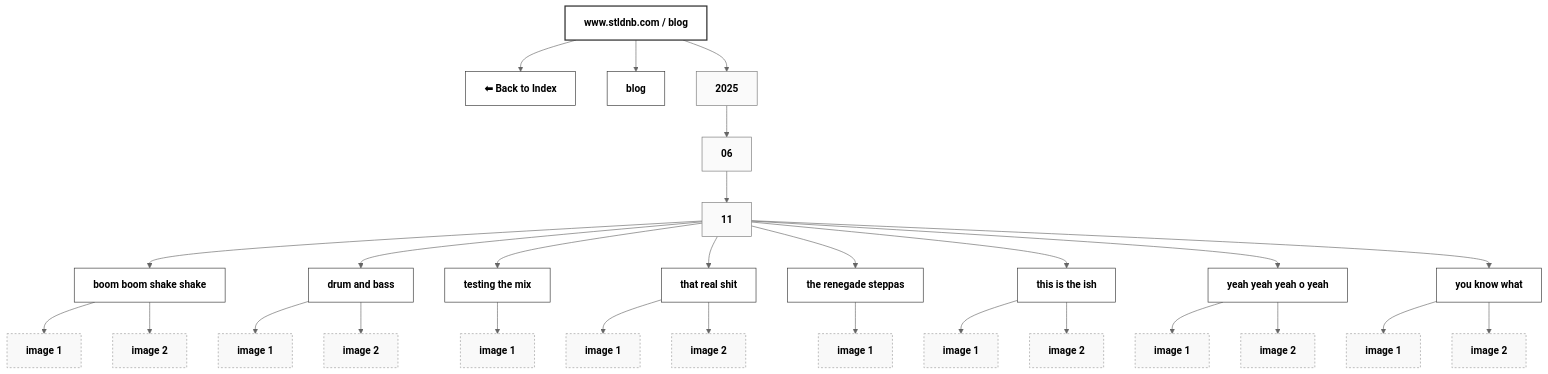
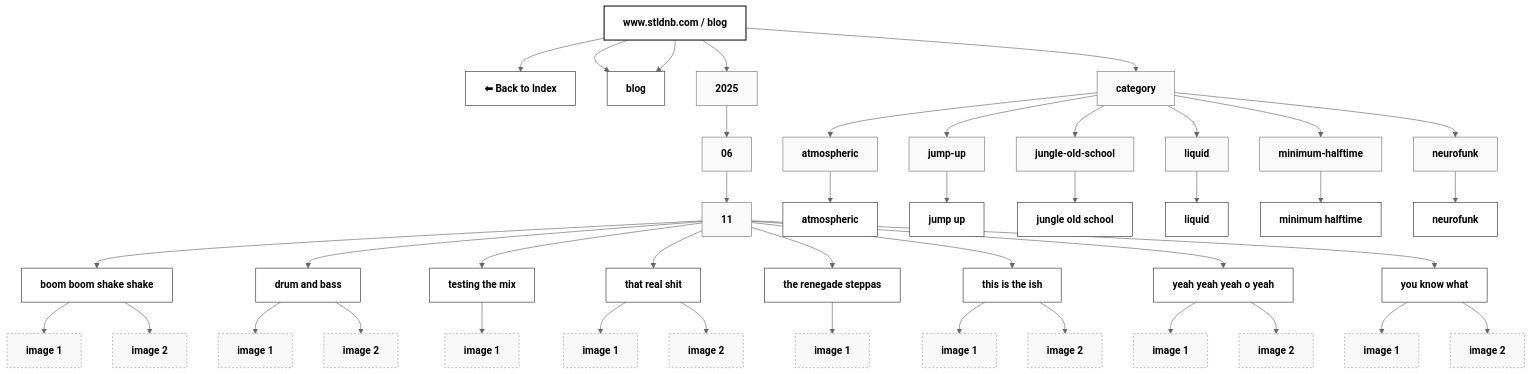
One commit to familiarcat/stldnb changed the diagram in dist/sitemap/sections/blog.mmd. Above: the diagram before and after it, drawn with Mermaid (neutral theme). The commit also changed 15 other files, not shown here.

Commit message:
updated mermaid and thought map system

```diff
--- a/dist/sitemap/sections/blog.mmd
+++ b/dist/sitemap/sections/blog.mmd
@@ -1,87 +1,122 @@
 %%{init: {"securityLevel":"loose"}}%%
 flowchart TD
   section_root["www.stldnb.com / blog"]:::root
   up_index["⬅ Back to Index"]:::nav
   section_root --> up_index
   click up_index "../index.html"
+  n_www_stldnb_com_blog_818d222f["blog"]:::page
+  section_root --> n_www_stldnb_com_blog_818d222f
+  click n_www_stldnb_com_blog_818d222f "https://www.stldnb.com/blog/"
   n_www_stldnb_com_blog_818d222f["blog"]:::page
   section_root --> n_www_stldnb_com_blog_818d222f
   click n_www_stldnb_com_blog_818d222f "https://www.stldnb.com/blog/"
   n_path_blog_2025_3d54a123["2025"]:::subsection
   section_root --> n_path_blog_2025_3d54a123
   n_path_blog_2025_06_2b069d3e["06"]:::subsection
   n_path_blog_2025_3d54a123 --> n_path_blog_2025_06_2b069d3e
   n_path_blog_2025_06_11_417d1645["11"]:::subsection
   n_path_blog_2025_06_2b069d3e --> n_path_blog_2025_06_11_417d1645
   n_www_stldnb_com_blog_2025_06_11_boom_boom_shake_shake_96e13589["boom boom shake shake"]:::page
   n_path_blog_2025_06_11_417d1645 --> n_www_stldnb_com_blog_2025_06_11_boom_boom_shake_shake_96e13589
   click n_www_stldnb_com_blog_2025_06_11_boom_boom_shake_shake_96e13589 "https://www.stldnb.com/blog/2025/06/11/boom-boom-shake-shake/"
   n_www_stldnb_com_blog_2025_06_11_boom_boom_shake_shake_96e13589_img_1["image 1"]:::asset
   n_www_stldnb_com_blog_2025_06_11_boom_boom_shake_shake_96e13589 --> n_www_stldnb_com_blog_2025_06_11_boom_boom_shake_shake_96e13589_img_1
   click n_www_stldnb_com_blog_2025_06_11_boom_boom_shake_shake_96e13589_img_1 "https://www.stldnb.com/wp-content/uploads/2025/05/Sunset-DJ-Session-scaled-qt9oyarm9y8csichk736bahvau9790z5601cprp3m0.jpg"
   n_www_stldnb_com_blog_2025_06_11_boom_boom_shake_shake_96e13589_img_2["image 2"]:::asset
   n_www_stldnb_com_blog_2025_06_11_boom_boom_shake_shake_96e13589 --> n_www_stldnb_com_blog_2025_06_11_boom_boom_shake_shake_96e13589_img_2
   click n_www_stldnb_com_blog_2025_06_11_boom_boom_shake_shake_96e13589_img_2 "https://www.stldnb.com/wp-content/uploads/2025/04/a99a46e1-74de-413d-928f-5d5d08a865a4.webp"
   n_www_stldnb_com_blog_2025_06_11_drum_and_bass_d3522faa["drum and bass"]:::page
   n_path_blog_2025_06_11_417d1645 --> n_www_stldnb_com_blog_2025_06_11_drum_and_bass_d3522faa
   click n_www_stldnb_com_blog_2025_06_11_drum_and_bass_d3522faa "https://www.stldnb.com/blog/2025/06/11/drum-and-bass/"
   n_www_stldnb_com_blog_2025_06_11_drum_and_bass_d3522faa_img_1["image 1"]:::asset
   n_www_stldnb_com_blog_2025_06_11_drum_and_bass_d3522faa --> n_www_stldnb_com_blog_2025_06_11_drum_and_bass_d3522faa_img_1
   click n_www_stldnb_com_blog_2025_06_11_drum_and_bass_d3522faa_img_1 "https://www.stldnb.com/wp-content/uploads/2025/05/Sunset-DJ-Session-scaled-qt9oyarm9y8csichk736bahvau9790z5601cprp3m0.jpg"
   n_www_stldnb_com_blog_2025_06_11_drum_and_bass_d3522faa_img_2["image 2"]:::asset
   n_www_stldnb_com_blog_2025_06_11_drum_and_bass_d3522faa --> n_www_stldnb_com_blog_2025_06_11_drum_and_bass_d3522faa_img_2
   click n_www_stldnb_com_blog_2025_06_11_drum_and_bass_d3522faa_img_2 "https://www.stldnb.com/wp-content/uploads/2025/04/1e411674-215f-4291-8b23-97941a6f2b22.webp"
   n_www_stldnb_com_blog_2025_06_11_testing_the_mix_dbe4b229["testing the mix"]:::page
   n_path_blog_2025_06_11_417d1645 --> n_www_stldnb_com_blog_2025_06_11_testing_the_mix_dbe4b229
   click n_www_stldnb_com_blog_2025_06_11_testing_the_mix_dbe4b229 "https://www.stldnb.com/blog/2025/06/11/testing-the-mix/"
   n_www_stldnb_com_blog_2025_06_11_testing_the_mix_dbe4b229_img_1["image 1"]:::asset
   n_www_stldnb_com_blog_2025_06_11_testing_the_mix_dbe4b229 --> n_www_stldnb_com_blog_2025_06_11_testing_the_mix_dbe4b229_img_1
   click n_www_stldnb_com_blog_2025_06_11_testing_the_mix_dbe4b229_img_1 "https://www.stldnb.com/wp-content/uploads/2025/05/Sunset-DJ-Session-scaled-qt9oyarm9y8csichk736bahvau9790z5601cprp3m0.jpg"
   n_www_stldnb_com_blog_2025_06_11_that_real_shit_2220128f["that real shit"]:::page
   n_path_blog_2025_06_11_417d1645 --> n_www_stldnb_com_blog_2025_06_11_that_real_shit_2220128f
   click n_www_stldnb_com_blog_2025_06_11_that_real_shit_2220128f "https://www.stldnb.com/blog/2025/06/11/that-real-shit/"
   n_www_stldnb_com_blog_2025_06_11_that_real_shit_2220128f_img_1["image 1"]:::asset
   n_www_stldnb_com_blog_2025_06_11_that_real_shit_2220128f --> n_www_stldnb_com_blog_2025_06_11_that_real_shit_2220128f_img_1
   click n_www_stldnb_com_blog_2025_06_11_that_real_shit_2220128f_img_1 "https://www.stldnb.com/wp-content/uploads/2025/05/Sunset-DJ-Session-scaled-qt9oyarm9y8csichk736bahvau9790z5601cprp3m0.jpg"
   n_www_stldnb_com_blog_2025_06_11_that_real_shit_2220128f_img_2["image 2"]:::asset
   n_www_stldnb_com_blog_2025_06_11_that_real_shit_2220128f --> n_www_stldnb_com_blog_2025_06_11_that_real_shit_2220128f_img_2
   click n_www_stldnb_com_blog_2025_06_11_that_real_shit_2220128f_img_2 "https://www.stldnb.com/wp-content/uploads/2025/04/f3732184-3830-4862-9fbf-bd0c5686845a.webp"
   n_www_stldnb_com_blog_2025_06_11_the_renegade_steppas_bc2ea5ce["the renegade steppas"]:::page
   n_path_blog_2025_06_11_417d1645 --> n_www_stldnb_com_blog_2025_06_11_the_renegade_steppas_bc2ea5ce
   click n_www_stldnb_com_blog_2025_06_11_the_renegade_steppas_bc2ea5ce "https://www.stldnb.com/blog/2025/06/11/the-renegade-steppas/"
   n_www_stldnb_com_blog_2025_06_11_the_renegade_steppas_bc2ea5ce_img_1["image 1"]:::asset
   n_www_stldnb_com_blog_2025_06_11_the_renegade_steppas_bc2ea5ce --> n_www_stldnb_com_blog_2025_06_11_the_renegade_steppas_bc2ea5ce_img_1
   click n_www_stldnb_com_blog_2025_06_11_the_renegade_steppas_bc2ea5ce_img_1 "https://stldnb-us-east-1-wordpress-offload.s3.amazonaws.com/wp-content/uploads/2025/06/11021353/steppa.png"
   n_www_stldnb_com_blog_2025_06_11_this_is_the_ish_16b080a6["this is the ish"]:::page
   n_path_blog_2025_06_11_417d1645 --> n_www_stldnb_com_blog_2025_06_11_this_is_the_ish_16b080a6
   click n_www_stldnb_com_blog_2025_06_11_this_is_the_ish_16b080a6 "https://www.stldnb.com/blog/2025/06/11/this-is-the-ish/"
   n_www_stldnb_com_blog_2025_06_11_this_is_the_ish_16b080a6_img_1["image 1"]:::asset
   n_www_stldnb_com_blog_2025_06_11_this_is_the_ish_16b080a6 --> n_www_stldnb_com_blog_2025_06_11_this_is_the_ish_16b080a6_img_1
   click n_www_stldnb_com_blog_2025_06_11_this_is_the_ish_16b080a6_img_1 "https://www.stldnb.com/wp-content/uploads/2025/05/Sunset-DJ-Session-scaled-qt9oyarm9y8csichk736bahvau9790z5601cprp3m0.jpg"
   n_www_stldnb_com_blog_2025_06_11_this_is_the_ish_16b080a6_img_2["image 2"]:::asset
   n_www_stldnb_com_blog_2025_06_11_this_is_the_ish_16b080a6 --> n_www_stldnb_com_blog_2025_06_11_this_is_the_ish_16b080a6_img_2
   click n_www_stldnb_com_blog_2025_06_11_this_is_the_ish_16b080a6_img_2 "https://stldnb-us-east-1-wordpress-offload.s3.amazonaws.com/wp-content/uploads/2025/06/02000048/faroe.jpg"
   n_www_stldnb_com_blog_2025_06_11_yeah_yeah_yeah_o_yeah_d10b257d["yeah yeah yeah o yeah"]:::page
   n_path_blog_2025_06_11_417d1645 --> n_www_stldnb_com_blog_2025_06_11_yeah_yeah_yeah_o_yeah_d10b257d
   click n_www_stldnb_com_blog_2025_06_11_yeah_yeah_yeah_o_yeah_d10b257d "https://www.stldnb.com/blog/2025/06/11/yeah-yeah-yeah-o-yeah/"
   n_www_stldnb_com_blog_2025_06_11_yeah_yeah_yeah_o_yeah_d10b257d_img_1["image 1"]:::asset
   n_www_stldnb_com_blog_2025_06_11_yeah_yeah_yeah_o_yeah_d10b257d --> n_www_stldnb_com_blog_2025_06_11_yeah_yeah_yeah_o_yeah_d10b257d_img_1
   click n_www_stldnb_com_blog_2025_06_11_yeah_yeah_yeah_o_yeah_d10b257d_img_1 "https://www.stldnb.com/wp-content/uploads/2025/05/Sunset-DJ-Session-scaled-qt9oyarm9y8csichk736bahvau9790z5601cprp3m0.jpg"
   n_www_stldnb_com_blog_2025_06_11_yeah_yeah_yeah_o_yeah_d10b257d_img_2["image 2"]:::asset
   n_www_stldnb_com_blog_2025_06_11_yeah_yeah_yeah_o_yeah_d10b257d --> n_www_stldnb_com_blog_2025_06_11_yeah_yeah_yeah_o_yeah_d10b257d_img_2
   click n_www_stldnb_com_blog_2025_06_11_yeah_yeah_yeah_o_yeah_d10b257d_img_2 "https://www.stldnb.com/wp-content/uploads/2025/04/6228bc7d-ab2d-4f1b-b7e2-f3a3491bfe8b.webp"
   n_www_stldnb_com_blog_2025_06_11_you_know_what_ba8f8894["you know what"]:::page
   n_path_blog_2025_06_11_417d1645 --> n_www_stldnb_com_blog_2025_06_11_you_know_what_ba8f8894
   click n_www_stldnb_com_blog_2025_06_11_you_know_what_ba8f8894 "https://www.stldnb.com/blog/2025/06/11/you-know-what/"
   n_www_stldnb_com_blog_2025_06_11_you_know_what_ba8f8894_img_1["image 1"]:::asset
   n_www_stldnb_com_blog_2025_06_11_you_know_what_ba8f8894 --> n_www_stldnb_com_blog_2025_06_11_you_know_what_ba8f8894_img_1
   click n_www_stldnb_com_blog_2025_06_11_you_know_what_ba8f8894_img_1 "https://www.stldnb.com/wp-content/uploads/2025/05/Sunset-DJ-Session-scaled-qt9oyarm9y8csichk736bahvau9790z5601cprp3m0.jpg"
   n_www_stldnb_com_blog_2025_06_11_you_know_what_ba8f8894_img_2["image 2"]:::asset
   n_www_stldnb_com_blog_2025_06_11_you_know_what_ba8f8894 --> n_www_stldnb_com_blog_2025_06_11_you_know_what_ba8f8894_img_2
   click n_www_stldnb_com_blog_2025_06_11_you_know_what_ba8f8894_img_2 "https://stldnb-us-east-1-wordpress-offload.s3.amazonaws.com/wp-content/uploads/2025/06/02000047/capadocia.jpg"
+  n_path_blog_category_5339fa44["category"]:::subsection
+  section_root --> n_path_blog_category_5339fa44
+  n_path_blog_category_atmospheric_a9903daa["atmospheric"]:::subsection
+  n_path_blog_category_5339fa44 --> n_path_blog_category_atmospheric_a9903daa
+  n_www_stldnb_com_blog_category_atmospheric_4fec8832["atmospheric"]:::page
+  n_path_blog_category_atmospheric_a9903daa --> n_www_stldnb_com_blog_category_atmospheric_4fec8832
+  click n_www_stldnb_com_blog_category_atmospheric_4fec8832 "https://www.stldnb.com/blog/category/atmospheric/"
+  n_path_blog_category_jump_up_d54fc851["jump-up"]:::subsection
+  n_path_blog_category_5339fa44 --> n_path_blog_category_jump_up_d54fc851
+  n_www_stldnb_com_blog_category_jump_up_b75387e7["jump up"]:::page
+  n_path_blog_category_jump_up_d54fc851 --> n_www_stldnb_com_blog_category_jump_up_b75387e7
+  click n_www_stldnb_com_blog_category_jump_up_b75387e7 "https://www.stldnb.com/blog/category/jump-up/"
+  n_path_blog_category_jungle_old_school_37d9f613["jungle-old-school"]:::subsection
+  n_path_blog_category_5339fa44 --> n_path_blog_category_jungle_old_school_37d9f613
+  n_www_stldnb_com_blog_category_jungle_old_school_17c8d419["jungle old school"]:::page
+  n_path_blog_category_jungle_old_school_37d9f613 --> n_www_stldnb_com_blog_category_jungle_old_school_17c8d419
+  click n_www_stldnb_com_blog_category_jungle_old_school_17c8d419 "https://www.stldnb.com/blog/category/jungle-old-school/"
+  n_path_blog_category_liquid_bbaa3cf1["liquid"]:::subsection
+  n_path_blog_category_5339fa44 --> n_path_blog_category_liquid_bbaa3cf1
+  n_www_stldnb_com_blog_category_liquid_35d75ac9["liquid"]:::page
+  n_path_blog_category_liquid_bbaa3cf1 --> n_www_stldnb_com_blog_category_liquid_35d75ac9
+  click n_www_stldnb_com_blog_category_liquid_35d75ac9 "https://www.stldnb.com/blog/category/liquid/"
+  n_path_blog_category_minimum_halftime_f9908ef6["minimum-halftime"]:::subsection
+  n_path_blog_category_5339fa44 --> n_path_blog_category_minimum_halftime_f9908ef6
+  n_www_stldnb_com_blog_category_minimum_halftime_a1187adc["minimum halftime"]:::page
+  n_path_blog_category_minimum_halftime_f9908ef6 --> n_www_stldnb_com_blog_category_minimum_halftime_a1187adc
+  click n_www_stldnb_com_blog_category_minimum_halftime_a1187adc "https://www.stldnb.com/blog/category/minimum-halftime/"
+  n_path_blog_category_neurofunk_94f6dbfe["neurofunk"]:::subsection
+  n_path_blog_category_5339fa44 --> n_path_blog_category_neurofunk_94f6dbfe
+  n_www_stldnb_com_blog_category_neurofunk_8150009e["neurofunk"]:::page
+  n_path_blog_category_neurofunk_94f6dbfe --> n_www_stldnb_com_blog_category_neurofunk_8150009e
+  click n_www_stldnb_com_blog_category_neurofunk_8150009e "https://www.stldnb.com/blog/category/neurofunk/"
 
   classDef root font-weight:bold,stroke-width:2px,stroke:#333,fill:#ffffff;
   classDef nav stroke:#333,fill:#fff;
   classDef subsection font-weight:bold,stroke:#777,fill:#fafafa;
   classDef page fill:#ffffff,stroke:#333,stroke-width:1px;
   classDef asset fill:#f9f9f9,stroke:#999,stroke-dasharray:3 3;
```
